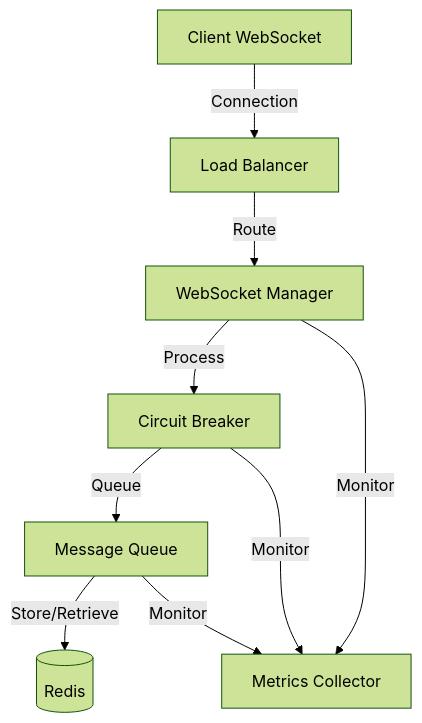
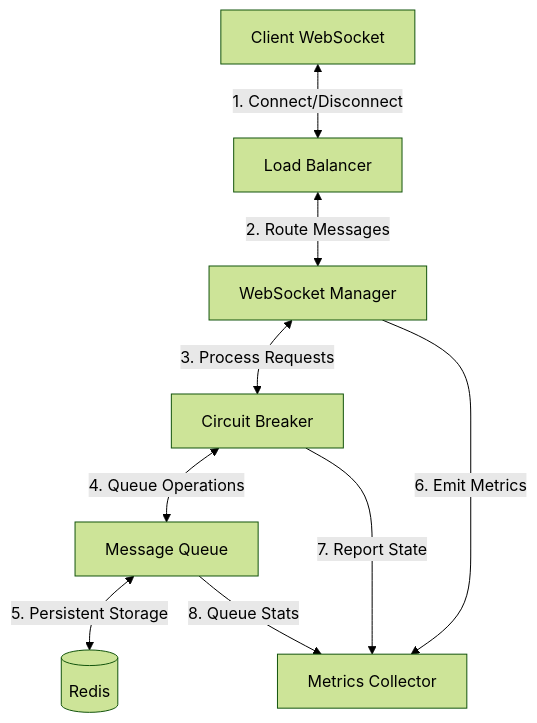
The second of 8 diagrams in README.md (markbsigler/PetStore-TypeScript-MCP-WS), drawn with Mermaid (forest theme) before and after one commit. The commit also changed other lines of this file, not shown here.

First line of the commit message:
docs: enhance Mermaid diagrams in README

````diff
--- a/README.md
+++ b/README.md
@@ -252,19 +253,19 @@
 ```mermaid
 graph TB
     Client[Client WebSocket]
     LB[Load Balancer]
     WS[WebSocket Manager]
     CB[Circuit Breaker]
     MQ[Message Queue]
     Redis[(Redis)]
     Metrics[Metrics Collector]
     
-    Client -->|Connection| LB
-    LB -->|Route| WS
-    WS -->|Process| CB
-    CB -->|Queue| MQ
-    MQ -->|Store/Retrieve| Redis
-    WS -->|Monitor| Metrics
-    CB -->|Monitor| Metrics
-    MQ -->|Monitor| Metrics
+    Client <-->|"1. Connect/Disconnect"| LB
+    LB <-->|"2. Route Messages"| WS
+    WS <-->|"3. Process Requests"| CB
+    CB <-->|"4. Queue Operations"| MQ
+    MQ <-->|"5. Persistent Storage"| Redis
+    WS -->|"6. Emit Metrics"| Metrics
+    CB -->|"7. Report State"| Metrics
+    MQ -->|"8. Queue Stats"| Metrics
 ```
````
